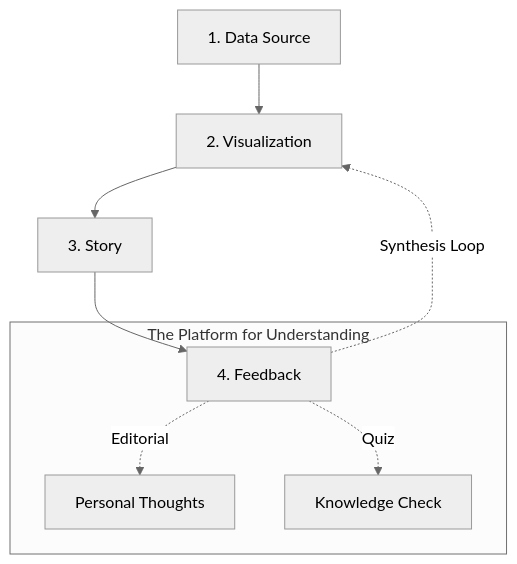
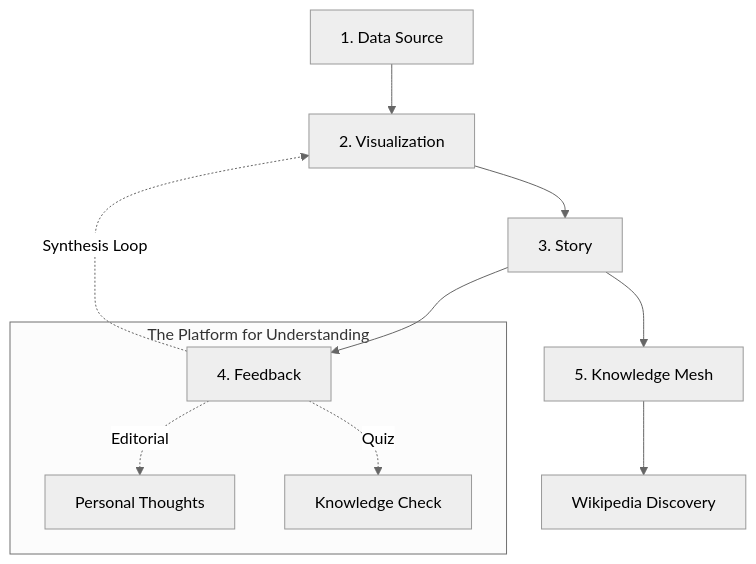
The diagram in README.md (rvishravars/datum-ex-machina), drawn with Mermaid (neutral theme) before and after one commit. The commit also changed other lines of this file and 2 other files, not shown here.

Commit message:
docs: finalize knowledge discovery lld, readme, and developer guides

````diff
--- a/README.md
+++ b/README.md
@@ -11,13 +11,16 @@
 ```mermaid
 graph TD
     A[1. Data Source] --> B[2. Visualization]
     B --> C[3. Story]
     C --> D[4. Feedback]
+    
+    C --> G[5. Knowledge Mesh]
+    G --> H[Wikipedia Discovery]
     
     D -.->|Synthesis Loop| B
     
     subgraph "The Platform for Understanding"
     D -.->|Editorial| E[Personal Thoughts]
     D -.->|Quiz| F[Knowledge Check]
     end
 ```
````
